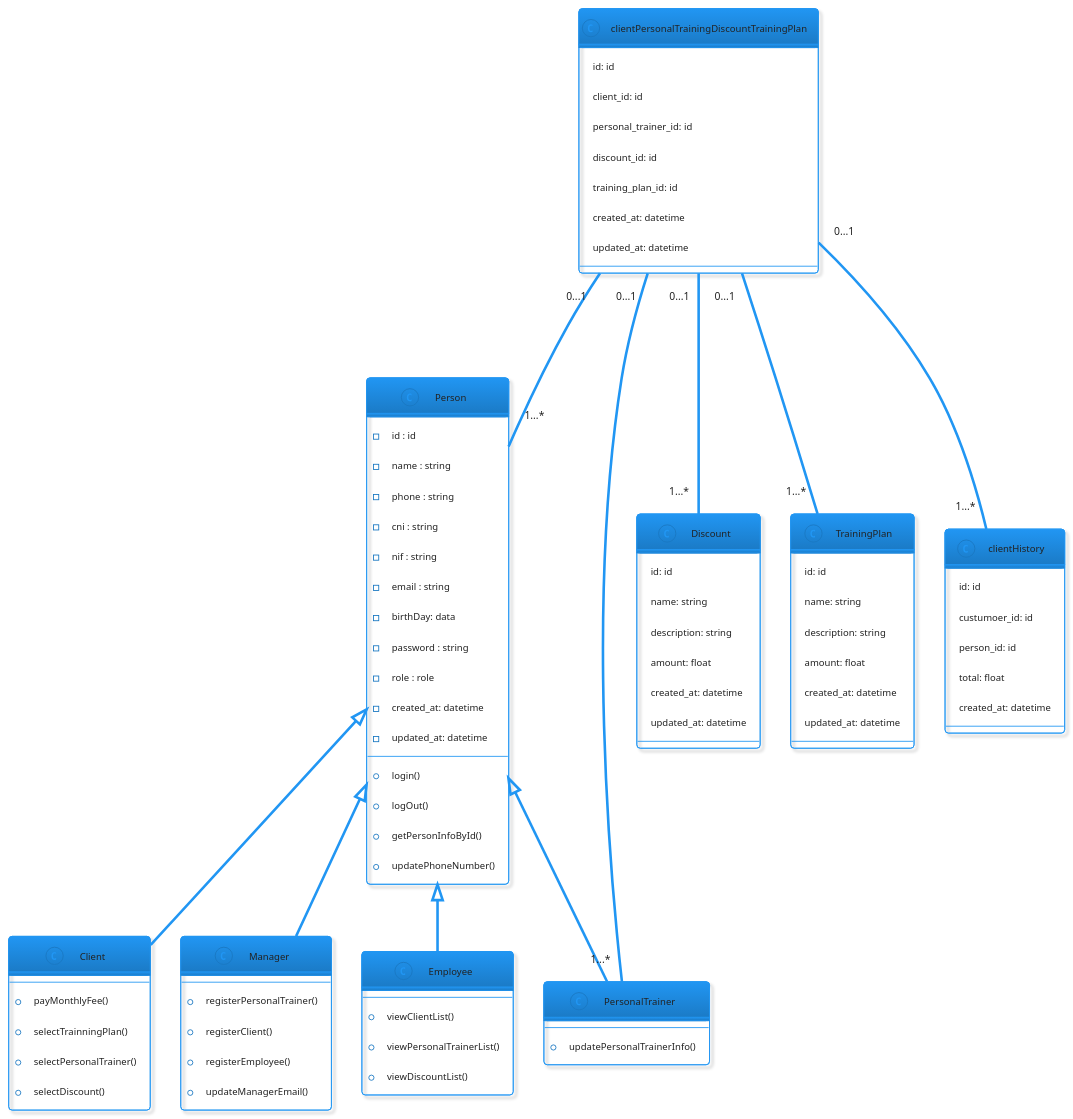
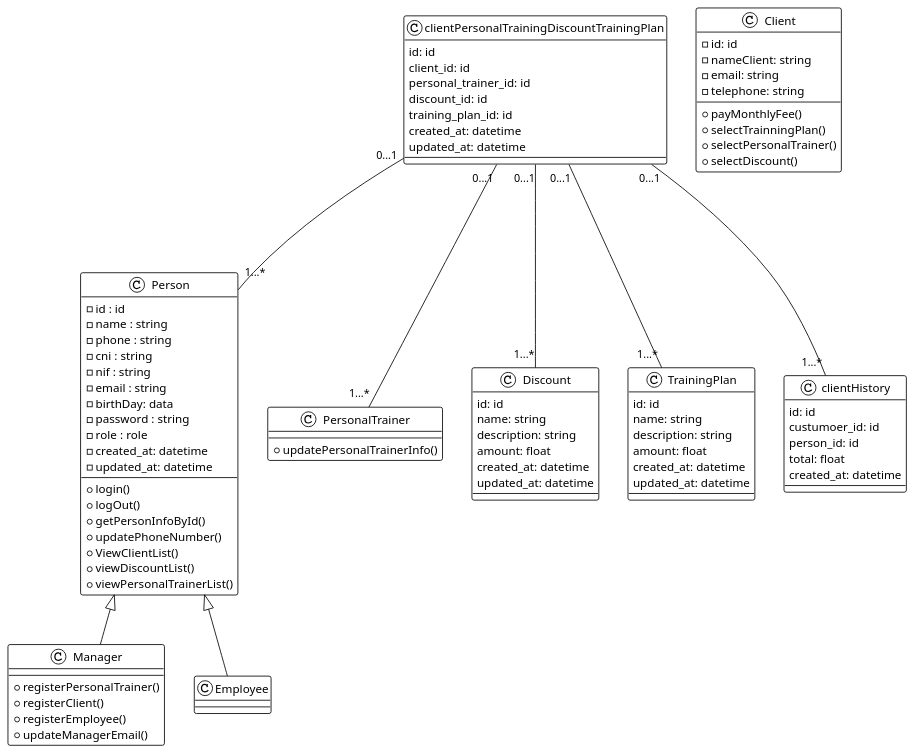
Before and after one commit to bosshentai/tccCode: the diagram in diagram/main/Class/classtes.puml, drawn with PlantUML. The commit also changed 1 other file, not shown here.

Commit message:
the Puml Sequence have been tested

```diff
--- a/diagram/main/Class/classtes.puml
+++ b/diagram/main/Class/classtes.puml
@@ -1,117 +1,124 @@
 @startuml Nogain
-!theme materia-outline
+' !theme materia-outline
+!theme plain
 
 class Person {
   - id : id
   -name : string
   -phone : string
   -cni : string
   -nif : string
   -email : string
   -birthDay: data
   -password : string
   -role : role
   -created_at: datetime
   -updated_at: datetime
 
   +login()
   +logOut()
   +getPersonInfoById()
   +updatePhoneNumber()
+  +ViewClientList()
+  +viewDiscountList()
+  +viewPersonalTrainerList()
 
 }
 
 class Client {
+  -id: id
+  -nameClient: string
+  -email: string
+  -telephone: string
   +payMonthlyFee()
   +selectTrainningPlan()
   +selectPersonalTrainer()
   +selectDiscount()
 }
 
 
 class PersonalTrainer {
   +updatePersonalTrainerInfo()
 
 }
 
 
 class Manager {
   +registerPersonalTrainer()
   +registerClient()
   +registerEmployee()
   +updateManagerEmail()
 }
 
 
 class Employee {
 
-  +viewClientList()
-  +viewPersonalTrainerList()
-  +viewDiscountList()
+  ' +viewClientList()
+  ' +viewPersonalTrainerList()
+  ' +viewDiscountList()
 }
-
 
 
 class Discount {
   id: id
   name: string
   description: string
   amount: float
   created_at: datetime
   updated_at: datetime
 }
 
 class TrainingPlan {
   id: id
   name: string
   description: string
   amount: float
   created_at: datetime
   updated_at: datetime
 }
 
 
 class clientPersonalTrainingDiscountTrainingPlan {
   id: id
   client_id: id
   personal_trainer_id: id
   discount_id: id
   training_plan_id: id
   created_at: datetime
   updated_at: datetime
 }
 
 class clientHistory {
   id: id
   custumoer_id: id
   person_id: id
   total: float
   created_at: datetime
 }
 
 
 ' enum Role {
 '   MANAGER
 '   EMPLOYEE
 '   CUSTOMER
 ' }
 
 ' Person --- Role
 
 ' confirma se inheritance or aggregation
 
-Person  <|--  Client
-Person  <|--  PersonalTrainer
+' Person  <|--  Client
+' Person  <|--  PersonalTrainer
 Person  <|--  Manager
 Person  <|--  Employee
 
 ' clientHistory <|-- Client
 ' clientHistory <|-- Person
 
 clientPersonalTrainingDiscountTrainingPlan "0...1" --- "1...*" Person
 clientPersonalTrainingDiscountTrainingPlan "0...1" --- "1...*" PersonalTrainer
 clientPersonalTrainingDiscountTrainingPlan "0...1" --- "1...*" Discount
 clientPersonalTrainingDiscountTrainingPlan "0...1" --- "1...*" TrainingPlan
 clientPersonalTrainingDiscountTrainingPlan "0...1"--- "1...*" clientHistory
 
 @enduml
```
